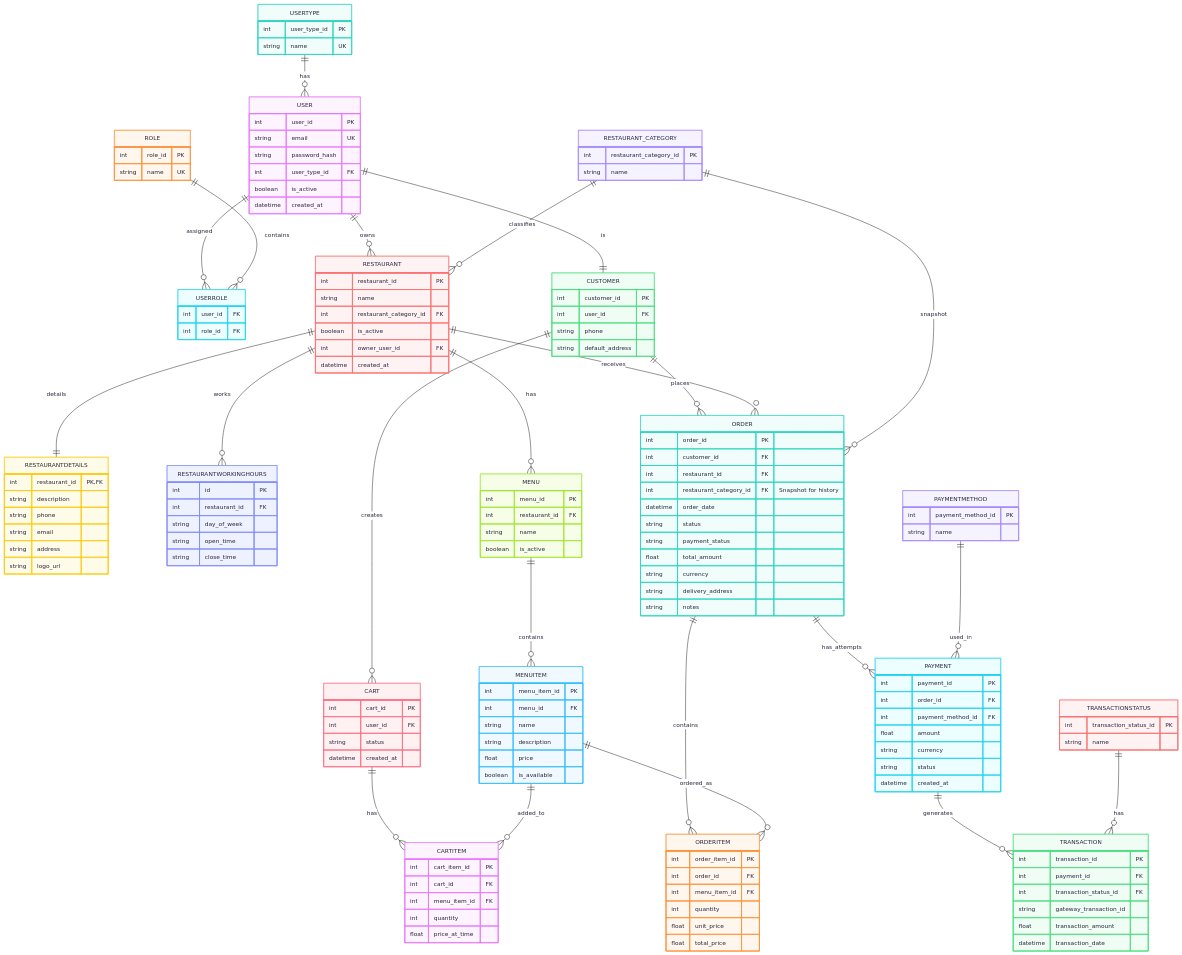
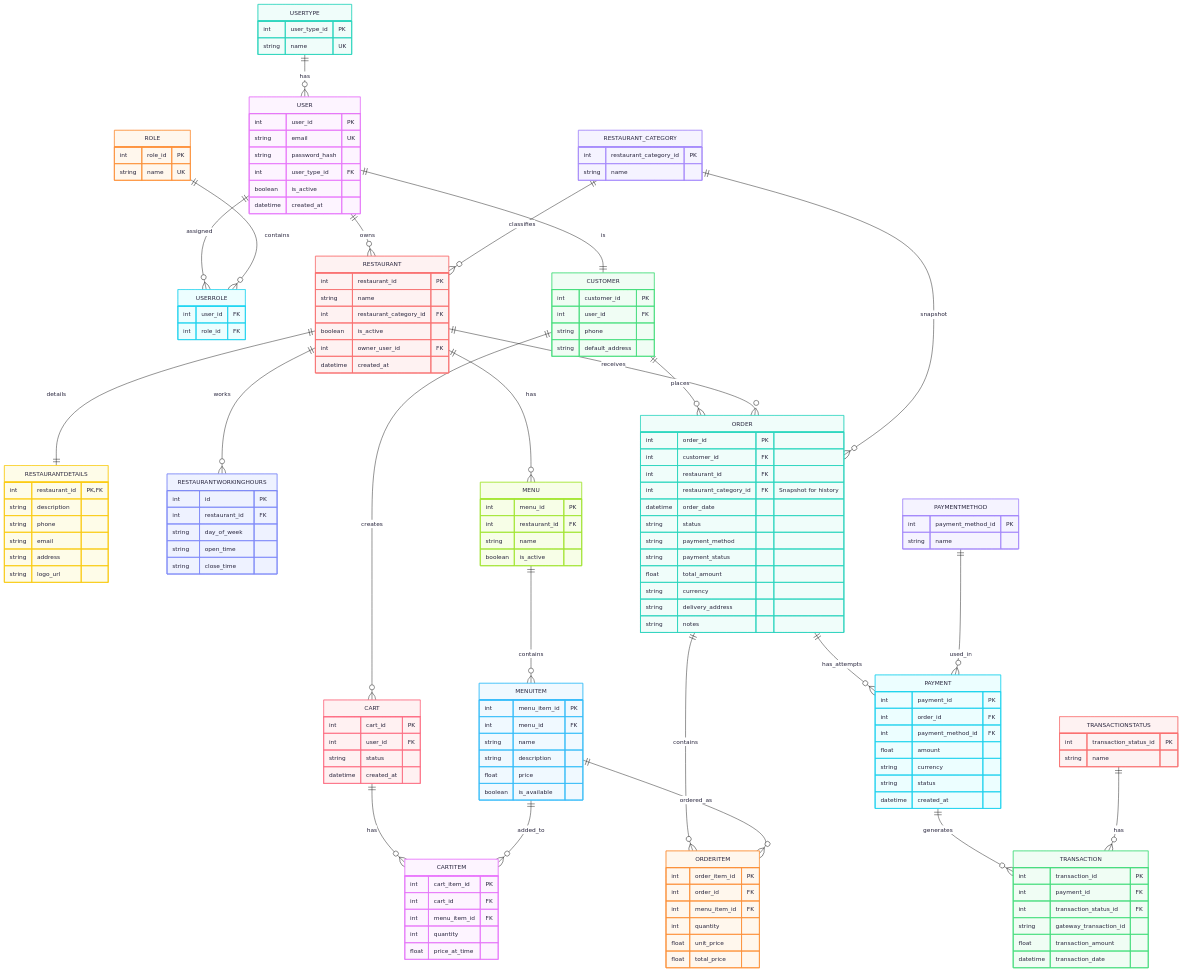
The third of 3 diagrams in README.md (Moaz-ashraf1/Food-Delivery-System), drawn with Mermaid before and after one commit. The commit also changed other lines of this file, not shown here.

First line of the commit message:
Include payment_method in order and transaction models

```diff
--- a/README.md
+++ b/README.md
@@ -1038,6 +1039,7 @@
         int restaurant_category_id FK "Snapshot for history"
         datetime order_date
         string status
+        string payment_method
         string payment_status
         float total_amount
         string currency
```
